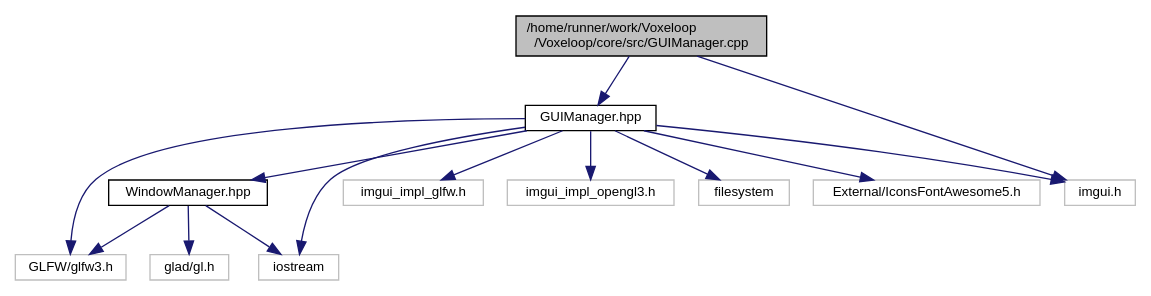
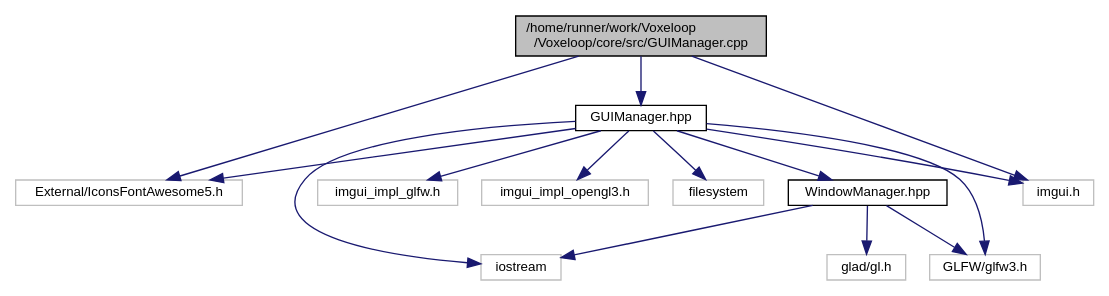
The diagram in docs/GUIManager_8cpp__incl.dot (jarp0l/Voxeloop), drawn with Graphviz before and after one commit. The commit also changed 2 other files, not shown here.

```diff
--- a/docs/GUIManager_8cpp__incl.dot
+++ b/docs/GUIManager_8cpp__incl.dot
@@ -1,31 +1,32 @@
 digraph "/home/runner/work/Voxeloop/Voxeloop/core/src/GUIManager.cpp"
 {
  // INTERACTIVE_SVG=YES
  // LATEX_PDF_SIZE
   edge [fontname="Helvetica",fontsize="10",labelfontname="Helvetica",labelfontsize="10"];
   node [fontname="Helvetica",fontsize="10",shape=record];
   Node1 [label="/home/runner/work/Voxeloop\l/Voxeloop/core/src/GUIManager.cpp",height=0.2,width=0.4,color="black", fillcolor="grey75", style="filled", fontcolor="black",tooltip=" "];
   Node1 -> Node2 [color="midnightblue",fontsize="10",style="solid",fontname="Helvetica"];
   Node2 [label="GUIManager.hpp",height=0.2,width=0.4,color="black", fillcolor="white", style="filled",URL="$GUIManager_8hpp.html",tooltip=" "];
   Node2 -> Node3 [color="midnightblue",fontsize="10",style="solid",fontname="Helvetica"];
   Node3 [label="External/IconsFontAwesome5.h",height=0.2,width=0.4,color="grey75", fillcolor="white", style="filled",tooltip=" "];
   Node2 -> Node4 [color="midnightblue",fontsize="10",style="solid",fontname="Helvetica"];
   Node4 [label="WindowManager.hpp",height=0.2,width=0.4,color="black", fillcolor="white", style="filled",URL="$WindowManager_8hpp.html",tooltip=" "];
   Node4 -> Node5 [color="midnightblue",fontsize="10",style="solid",fontname="Helvetica"];
   Node5 [label="glad/gl.h",height=0.2,width=0.4,color="grey75", fillcolor="white", style="filled",tooltip=" "];
   Node4 -> Node6 [color="midnightblue",fontsize="10",style="solid",fontname="Helvetica"];
   Node6 [label="GLFW/glfw3.h",height=0.2,width=0.4,color="grey75", fillcolor="white", style="filled",tooltip=" "];
   Node4 -> Node7 [color="midnightblue",fontsize="10",style="solid",fontname="Helvetica"];
   Node7 [label="iostream",height=0.2,width=0.4,color="grey75", fillcolor="white", style="filled",tooltip=" "];
   Node2 -> Node6 [color="midnightblue",fontsize="10",style="solid",fontname="Helvetica"];
   Node2 -> Node8 [color="midnightblue",fontsize="10",style="solid",fontname="Helvetica"];
   Node8 [label="imgui.h",height=0.2,width=0.4,color="grey75", fillcolor="white", style="filled",tooltip=" "];
   Node2 -> Node9 [color="midnightblue",fontsize="10",style="solid",fontname="Helvetica"];
   Node9 [label="imgui_impl_glfw.h",height=0.2,width=0.4,color="grey75", fillcolor="white", style="filled",tooltip=" "];
   Node2 -> Node10 [color="midnightblue",fontsize="10",style="solid",fontname="Helvetica"];
   Node10 [label="imgui_impl_opengl3.h",height=0.2,width=0.4,color="grey75", fillcolor="white", style="filled",tooltip=" "];
   Node2 -> Node11 [color="midnightblue",fontsize="10",style="solid",fontname="Helvetica"];
   Node11 [label="filesystem",height=0.2,width=0.4,color="grey75", fillcolor="white", style="filled",tooltip=" "];
   Node2 -> Node7 [color="midnightblue",fontsize="10",style="solid",fontname="Helvetica"];
+  Node1 -> Node3 [color="midnightblue",fontsize="10",style="solid",fontname="Helvetica"];
   Node1 -> Node8 [color="midnightblue",fontsize="10",style="solid",fontname="Helvetica"];
 }
```
